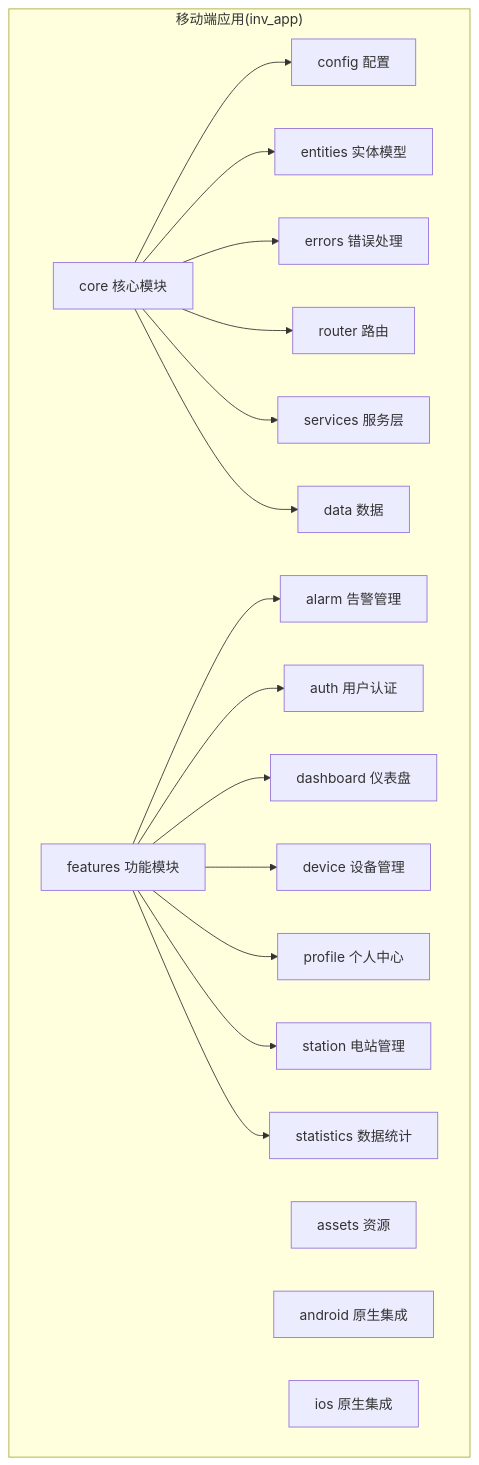
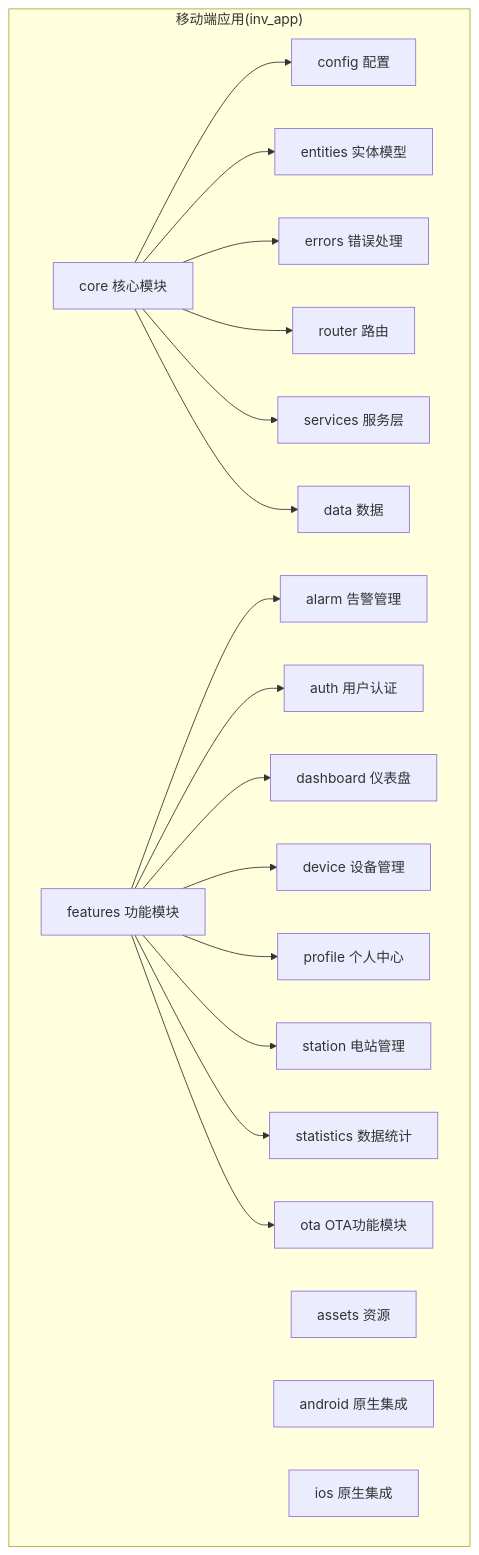
Before and after one commit to mcmrzy/cs_inv_monitor-develop: the first of 12 diagrams in .qoder/repowiki/zh/content/移动端应用/移动端应用.md, drawn with Mermaid. The commit also changed other lines of this file and 88 other files, not shown here.

````diff
--- a/.qoder/repowiki/zh/content/移动端应用/移动端应用.md
+++ b/.qoder/repowiki/zh/content/移动端应用/移动端应用.md
@@ -68,23 +80,24 @@
 ```mermaid
 graph TB
 subgraph "移动端应用(inv_app)"
 CORE["core 核心模块"]
 FEATURES["features 功能模块"]
 ASSETS["assets 资源"]
 ANDROID["android 原生集成"]
 IOS["ios 原生集成"]
 CORE --> CONFIG["config 配置"]
 CORE --> ENTITIES["entities 实体模型"]
 CORE --> ERRORS["errors 错误处理"]
 CORE --> ROUTER["router 路由"]
 CORE --> SERVICES["services 服务层"]
 CORE --> DATA["data 数据"]
 FEATURES --> ALARM["alarm 告警管理"]
 FEATURES --> AUTH["auth 用户认证"]
 FEATURES --> DASHBOARD["dashboard 仪表盘"]
 FEATURES --> DEVICE["device 设备管理"]
 FEATURES --> PROFILE["profile 个人中心"]
 FEATURES --> STATION["station 电站管理"]
 FEATURES --> STATISTICS["statistics 数据统计"]
+FEATURES --> OTA["ota OTA功能模块"]
 end
 ```
````
